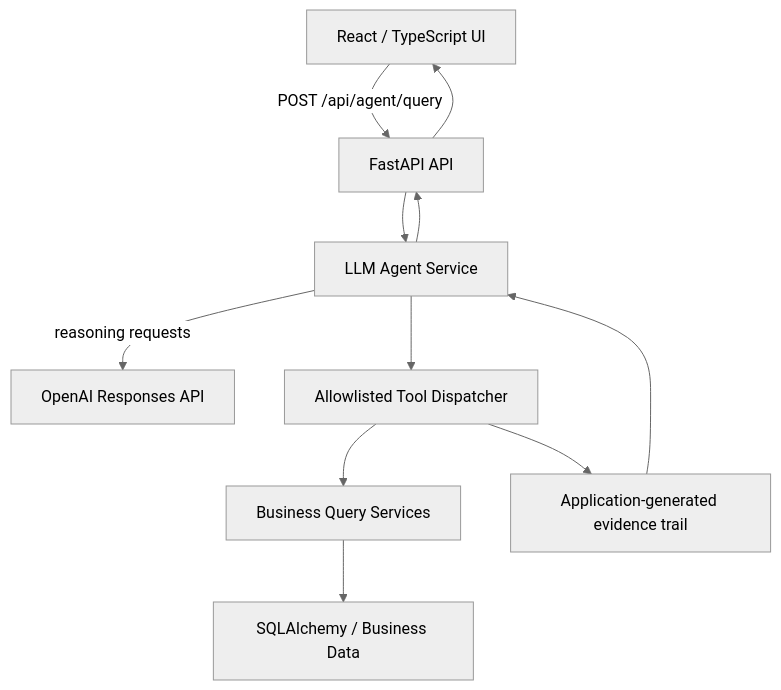
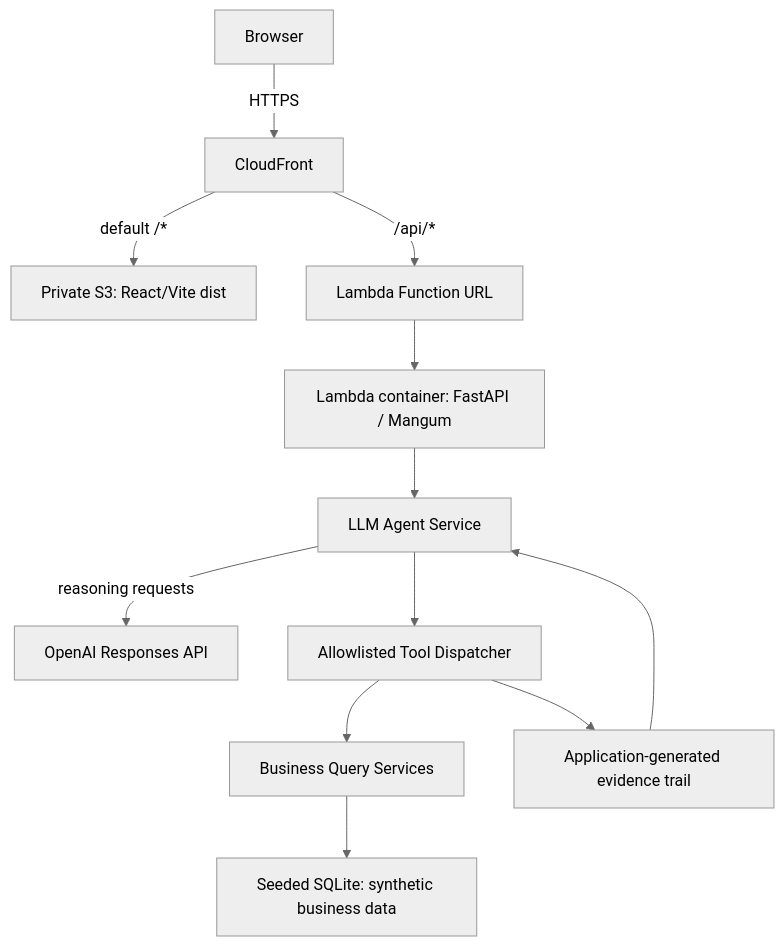
The diagram in README.md (yi0805/opspilot), drawn with Mermaid (neutral theme) before and after one commit. The commit also changed other lines of this file and 15 other files, not shown here.

````diff
--- a/README.md
+++ b/README.md
@@ -9,13 +9,14 @@
 ```mermaid
 flowchart TD
-    UI[React / TypeScript UI] -->|POST /api/agent/query| API[FastAPI API]
-    API --> Agent[LLM Agent Service]
+    Browser[Browser] -->|HTTPS| CDN[CloudFront]
+    CDN -->|default /*| S3[Private S3: React/Vite dist]
+    CDN -->|/api/*| FunctionUrl[Lambda Function URL]
+    FunctionUrl --> Lambda[Lambda container: FastAPI / Mangum]
+    Lambda --> Agent[LLM Agent Service]
     Agent -->|reasoning requests| OpenAI[OpenAI Responses API]
     Agent --> Dispatcher[Allowlisted Tool Dispatcher]
     Dispatcher --> Queries[Business Query Services]
-    Queries --> Data[SQLAlchemy / Business Data]
+    Queries --> Data[Seeded SQLite: synthetic business data]
     Dispatcher --> Evidence[Application-generated evidence trail]
     Evidence --> Agent
-    Agent --> API
-    API --> UI
 ```
````
